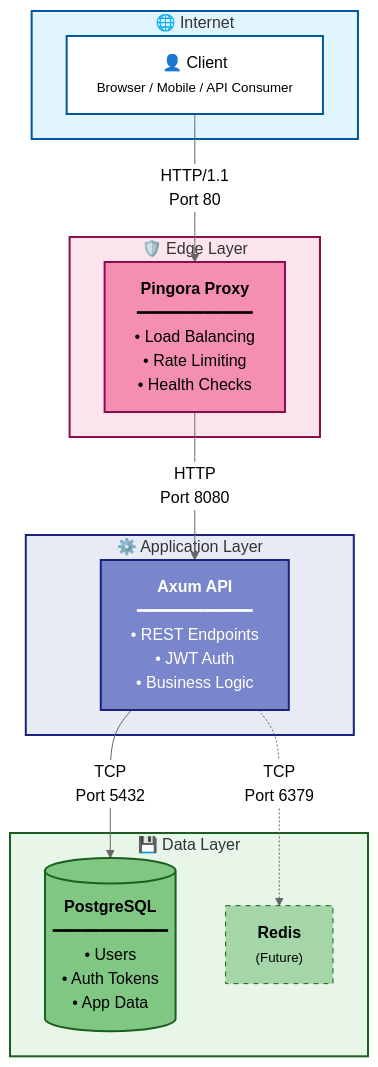
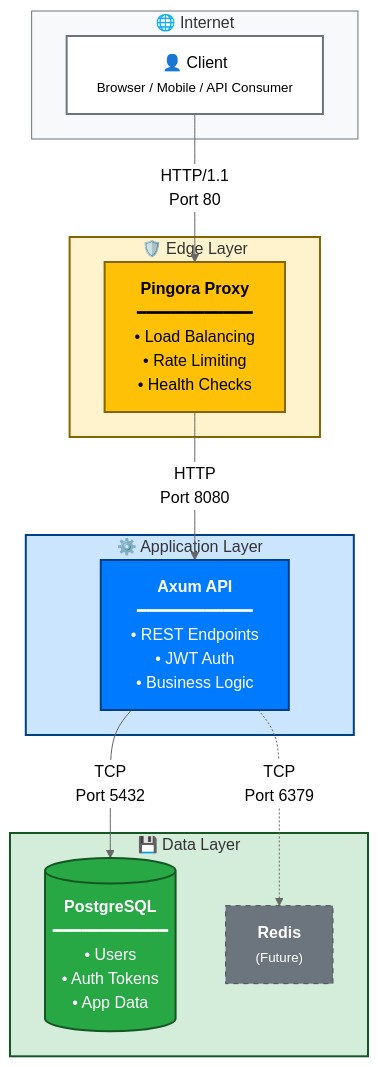
The diagram in README.md (arrkpong/axum-api), drawn with Mermaid (neutral theme) before and after one commit.

Commit message:
Update diagram colors to Bootstrap-inspired palette
Replaces the previous color scheme in the architecture flowchart with a more professional, Bootstrap-inspired palette for improved visual consistency and clarity.

````diff
--- a/README.md
+++ b/README.md
@@ -38,36 +38,36 @@
 ```mermaid
 flowchart TB
     subgraph Internet["🌐 Internet"]
         Client["👤 Client<br/><small>Browser / Mobile / API Consumer</small>"]
     end
 
     subgraph Edge["🛡️ Edge Layer"]
         Proxy["<b>Pingora Proxy</b><br/>━━━━━━━━━━━━<br/>• Load Balancing<br/>• Rate Limiting<br/>• Health Checks"]
     end
 
     subgraph Application["⚙️ Application Layer"]
         API["<b>Axum API</b><br/>━━━━━━━━━━━━<br/>• REST Endpoints<br/>• JWT Auth<br/>• Business Logic"]
     end
 
     subgraph Data["💾 Data Layer"]
         DB[("<b>PostgreSQL</b><br/>━━━━━━━━━━━━<br/>• Users<br/>• Auth Tokens<br/>• App Data")]
         Cache["<b>Redis</b><br/><small>(Future)</small>"]
     end
 
     Client -->|"HTTP/1.1<br/>Port 80"| Proxy
     Proxy -->|"HTTP<br/>Port 8080"| API
     API -->|"TCP<br/>Port 5432"| DB
     API -.->|"TCP<br/>Port 6379"| Cache
 
-    %% Styling
-    style Internet fill:#e1f5fe,stroke:#01579b,stroke-width:2px
-    style Edge fill:#fce4ec,stroke:#880e4f,stroke-width:2px
-    style Application fill:#e8eaf6,stroke:#1a237e,stroke-width:2px
-    style Data fill:#e8f5e9,stroke:#1b5e20,stroke-width:2px
+    %% Professional Color Palette (Bootstrap-inspired)
+    style Internet fill:#f8f9fa,stroke:#6c757d,stroke-width:1px
+    style Edge fill:#fff3cd,stroke:#856404,stroke-width:2px
+    style Application fill:#cce5ff,stroke:#004085,stroke-width:2px
+    style Data fill:#d4edda,stroke:#155724,stroke-width:2px
 
-    style Client fill:#fff,stroke:#01579b,stroke-width:2px
-    style Proxy fill:#f48fb1,stroke:#880e4f,stroke-width:2px,color:#000
-    style API fill:#7986cb,stroke:#1a237e,stroke-width:2px,color:#fff
-    style DB fill:#81c784,stroke:#1b5e20,stroke-width:2px,color:#000
-    style Cache fill:#a5d6a7,stroke:#1b5e20,stroke-width:1px,stroke-dasharray: 5 5
+    style Client fill:#ffffff,stroke:#6c757d,stroke-width:2px
+    style Proxy fill:#ffc107,stroke:#856404,stroke-width:2px
+    style API fill:#007bff,stroke:#004085,stroke-width:2px,color:#fff
+    style DB fill:#28a745,stroke:#155724,stroke-width:2px,color:#fff
+    style Cache fill:#6c757d,stroke:#495057,stroke-width:1px,stroke-dasharray:5 5,color:#fff
 ```
````
